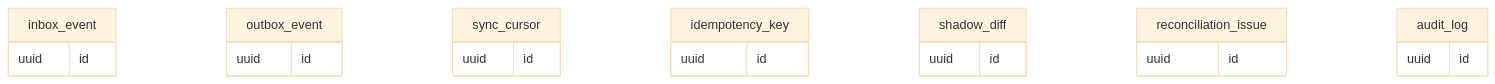
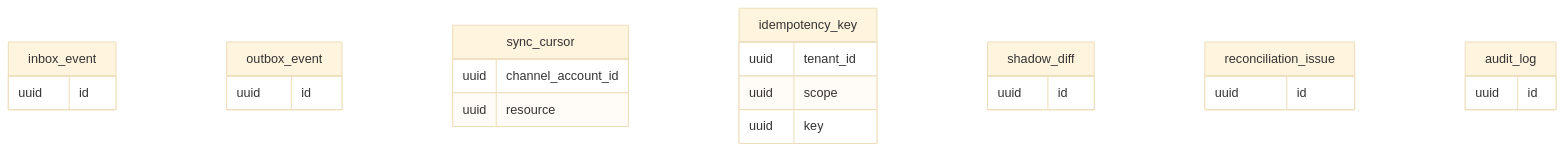
One commit to Narote-Dev/ThaiShopFun-OMS changed the seventh of 8 diagrams in docs/db/DATA-DICTIONARY.md. Above: the diagram before and after it, drawn with Mermaid (base theme). The commit also changed other lines of this file and 16 other files, not shown here.

First line of the commit message:
docs: round 3 reference quality (per-field usage, schema, CHECK fix)

````diff
--- a/docs/db/DATA-DICTIONARY.md
+++ b/docs/db/DATA-DICTIONARY.md
@@ -149,24 +151,27 @@
 ```mermaid
 erDiagram
   inbox_event {
     uuid id
   }
   outbox_event {
     uuid id
   }
   sync_cursor {
-    uuid id
+    uuid channel_account_id
+    uuid resource
   }
   idempotency_key {
-    uuid id
+    uuid tenant_id
+    uuid scope
+    uuid key
   }
   shadow_diff {
     uuid id
   }
   reconciliation_issue {
     uuid id
   }
   audit_log {
     uuid id
   }
 ```
````
